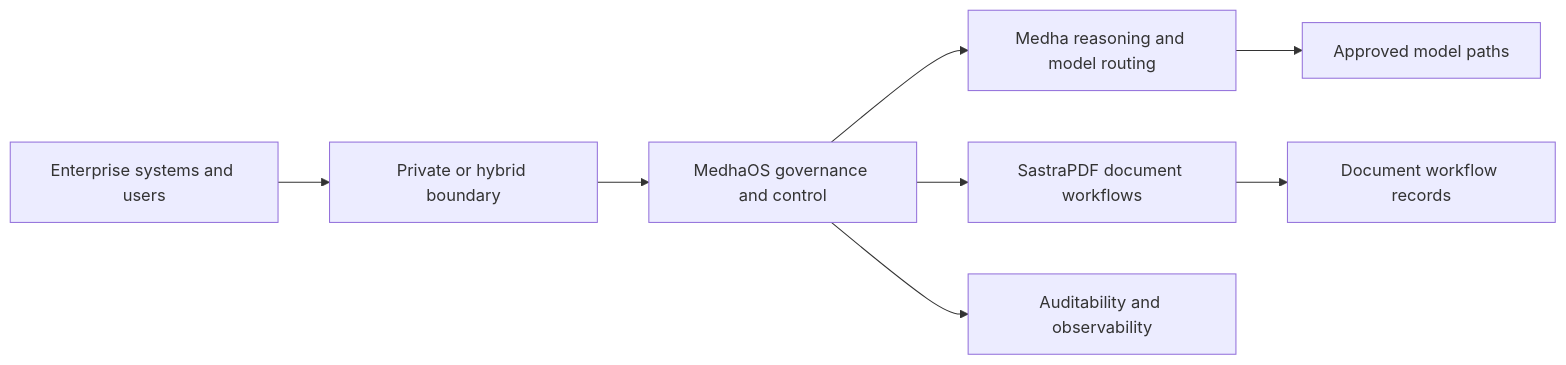
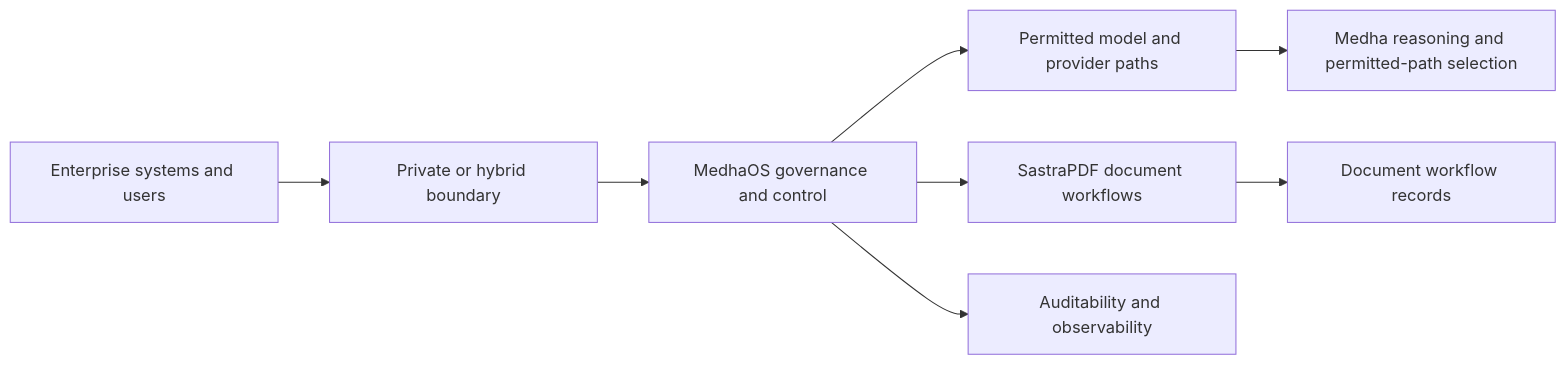
The diagram in reference-architectures/private-hybrid-ai-deployment.md (sastra-innovations/sastra-public-docs), drawn with Mermaid before and after one commit. The commit also changed other lines of this file and 14 other files, not shown here.

````diff
--- a/reference-architectures/private-hybrid-ai-deployment.md
+++ b/reference-architectures/private-hybrid-ai-deployment.md
@@ -11,10 +11,10 @@
 ```mermaid
 flowchart LR
   Enterprise["Enterprise systems and users"] --> Boundary["Private or hybrid boundary"]
   Boundary --> OS["MedhaOS governance and control"]
-  OS --> Medha["Medha reasoning and model routing"]
+  OS --> Paths["Permitted model and provider paths"]
+  Paths --> Medha["Medha reasoning and permitted-path selection"]
   OS --> PDF["SastraPDF document workflows"]
-  Medha --> Approved["Approved model paths"]
   PDF --> Records["Document workflow records"]
   OS --> Audit["Auditability and observability"]
 ```
````
